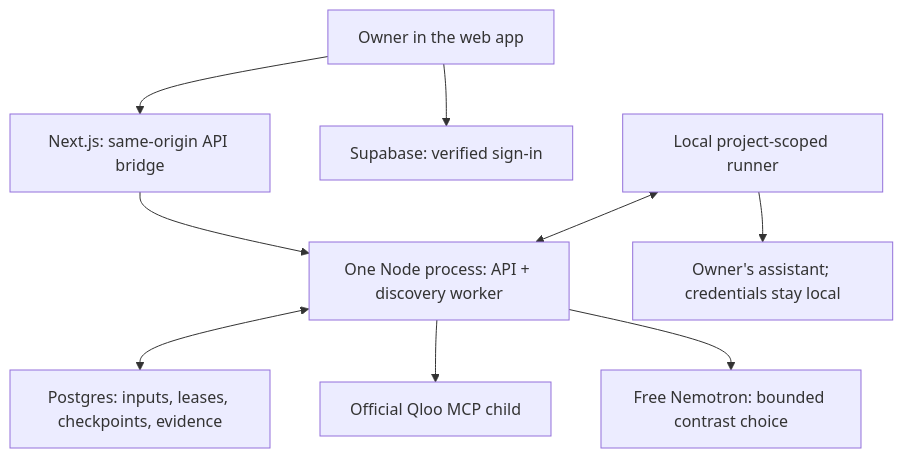
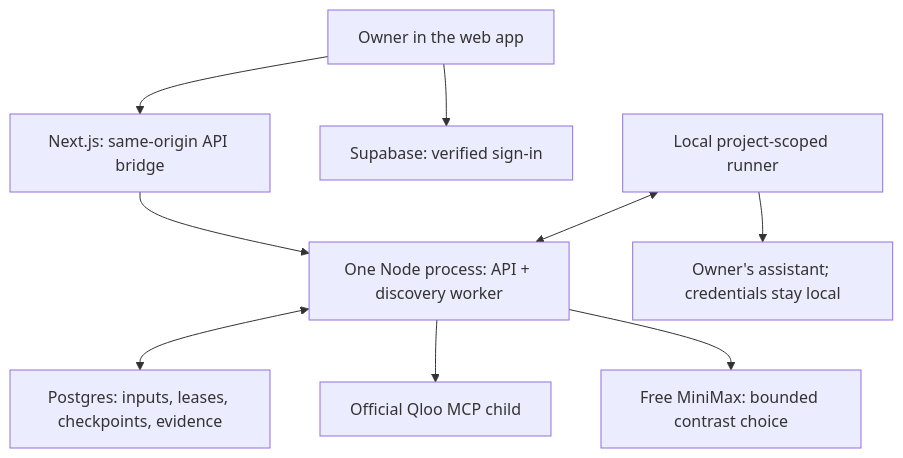
The second of 2 diagrams in README.md (CryptoZephyr/tastecase), drawn with Mermaid before and after one commit. The commit also changed other lines of this file and 25 other files, not shown here.

````diff
--- a/README.md
+++ b/README.md
@@ -69,11 +69,11 @@
 ```mermaid
 flowchart TB
   Owner["Owner in the web app"] --> Web["Next.js: same-origin API bridge"]
   Owner --> Auth["Supabase: verified sign-in"]
   Web --> Backend["One Node process: API + discovery worker"]
   Backend <--> DB["Postgres: inputs, leases, checkpoints, evidence"]
   Backend --> MCP["Official Qloo MCP child"]
-  Backend --> Model["Free Nemotron: bounded contrast choice"]
+  Backend --> Model["Free MiniMax: bounded contrast choice"]
   Runner["Local project-scoped runner"] <--> Backend
   Runner --> Target["Owner's assistant; credentials stay local"]
 ```
````
